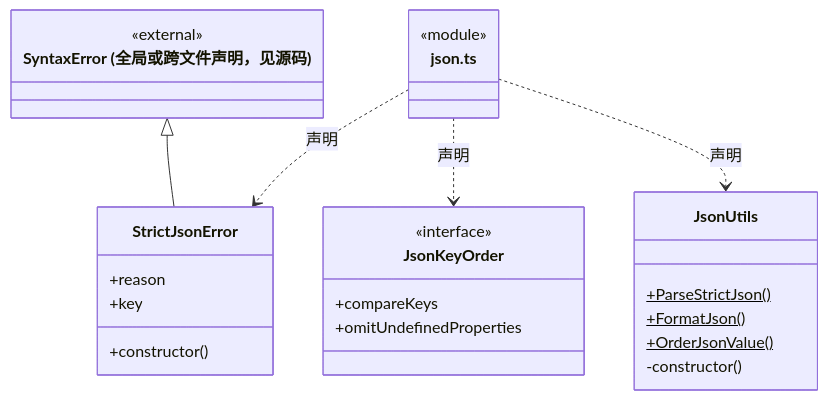
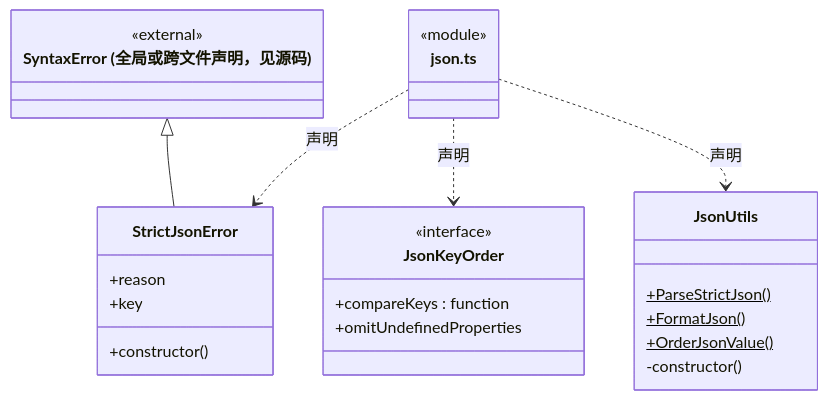
The fifth of 8 diagrams in src/core/utility/ARCHITECTURE.md (nan023062/cbim), drawn with Mermaid before and after one commit. The commit also changed other lines of this file and 137 other files, not shown here.

Commit message:
fix: align architecture generator with documentation standards

````diff
--- a/src/core/utility/ARCHITECTURE.md
+++ b/src/core/utility/ARCHITECTURE.md
@@ -276,29 +286,29 @@
 ```mermaid
 classDiagram
 class N_src_core_utility_json_ts["json.ts"] {
   <<module>>
 }
 class N_src_core_utility_json_ts_StrictJsonError["StrictJsonError"] {
   +reason
   +key
   +constructor()
 }
 N_src_core_utility_json_ts ..> N_src_core_utility_json_ts_StrictJsonError : 声明
 class N_src_core_utility_json_ts_external_SyntaxError["SyntaxError (全局或跨文件声明，见源码)"] {
   <<external>>
 }
 N_src_core_utility_json_ts_external_SyntaxError <|-- N_src_core_utility_json_ts_StrictJsonError
 class N_src_core_utility_json_ts_JsonKeyOrder["JsonKeyOrder"] {
   <<interface>>
-  +compareKeys
+  +compareKeys : function
   +omitUndefinedProperties
 }
 N_src_core_utility_json_ts ..> N_src_core_utility_json_ts_JsonKeyOrder : 声明
 class N_src_core_utility_json_ts_JsonUtils["JsonUtils"] {
   +ParseStrictJson()$
   +FormatJson()$
   +OrderJsonValue()$
   -constructor()
 }
 N_src_core_utility_json_ts ..> N_src_core_utility_json_ts_JsonUtils : 声明
 ```
````
